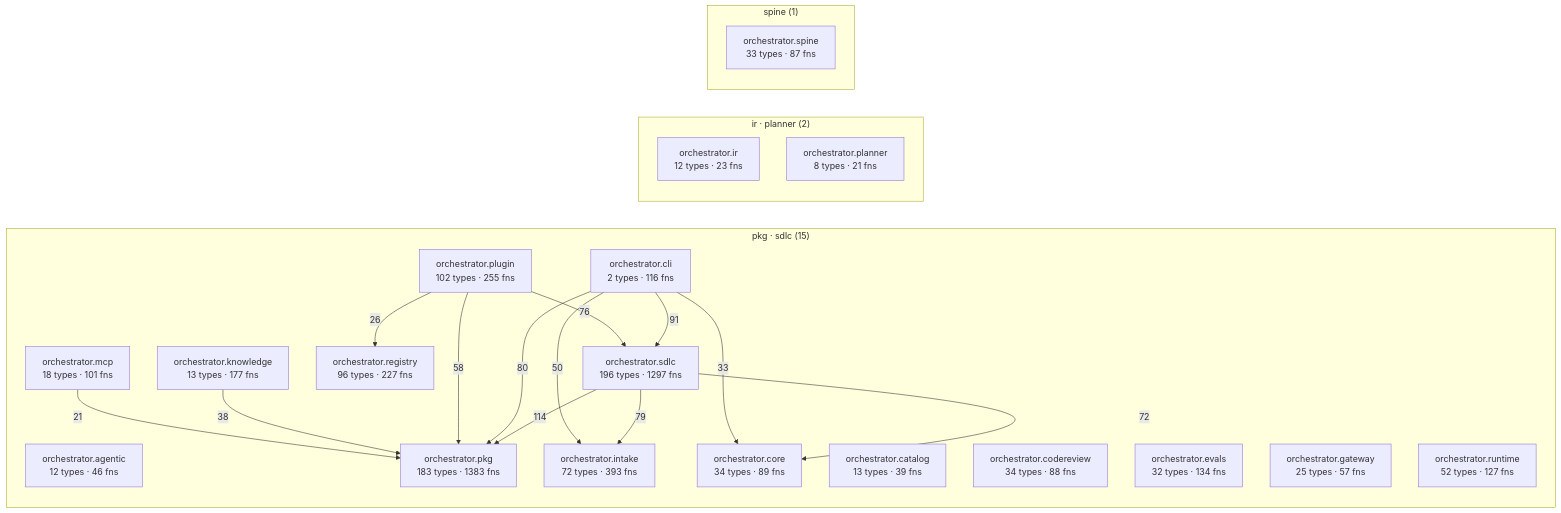
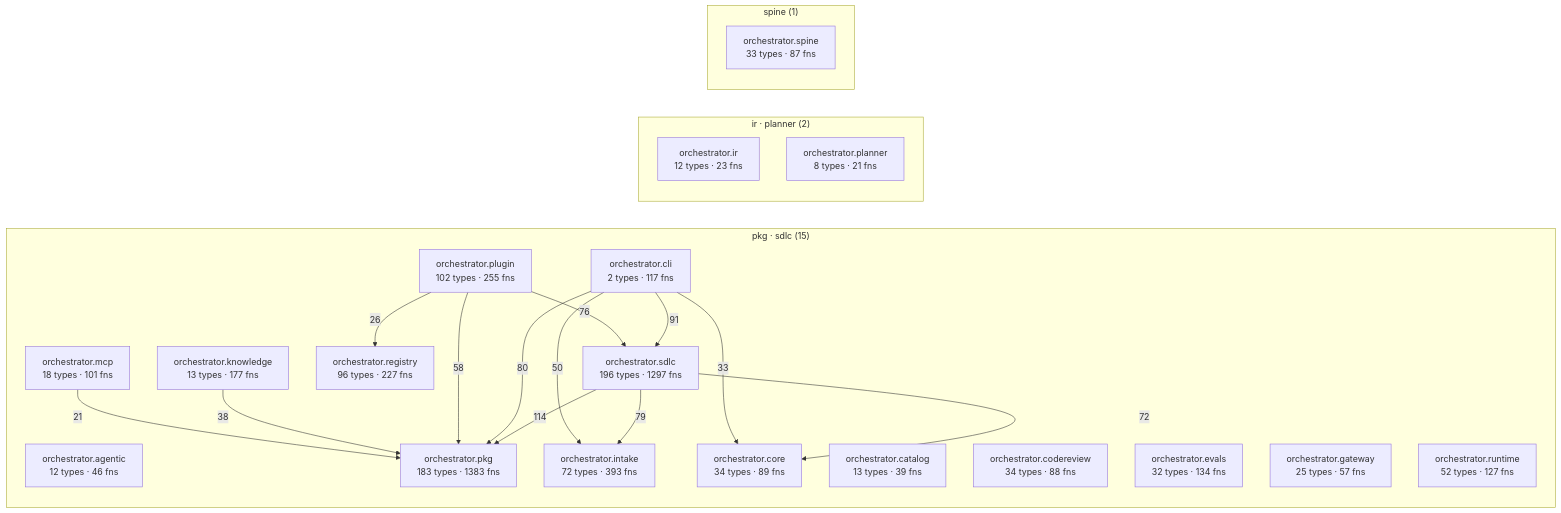
Before and after one commit to synaptixs/spine: the diagram in episteme/architecture.md, drawn with Mermaid. The commit also changed other lines of this file and 32 other files, not shown here.

````diff
--- a/episteme/architecture.md
+++ b/episteme/architecture.md
@@ -56,39 +56,39 @@
 ```mermaid
 flowchart LR
   subgraph c_2["pkg · sdlc (15)"]
     aorchestratoragentic["orchestrator.agentic<br/>12 types · 46 fns"]
     aorchestratorcatalog["orchestrator.catalog<br/>13 types · 39 fns"]
-    aorchestratorcli["orchestrator.cli<br/>2 types · 116 fns"]
+    aorchestratorcli["orchestrator.cli<br/>2 types · 117 fns"]
     aorchestratorcodereview["orchestrator.codereview<br/>34 types · 88 fns"]
     aorchestratorcore["orchestrator.core<br/>34 types · 89 fns"]
     aorchestratorevals["orchestrator.evals<br/>32 types · 134 fns"]
     aorchestratorgateway["orchestrator.gateway<br/>25 types · 57 fns"]
     aorchestratorintake["orchestrator.intake<br/>72 types · 393 fns"]
     aorchestratorknowledge["orchestrator.knowledge<br/>13 types · 177 fns"]
     aorchestratormcp["orchestrator.mcp<br/>18 types · 101 fns"]
     aorchestratorpkg["orchestrator.pkg<br/>183 types · 1383 fns"]
     aorchestratorplugin["orchestrator.plugin<br/>102 types · 255 fns"]
     aorchestratorregistry["orchestrator.registry<br/>96 types · 227 fns"]
     aorchestratorruntime["orchestrator.runtime<br/>52 types · 127 fns"]
     aorchestratorsdlc["orchestrator.sdlc<br/>196 types · 1297 fns"]
   end
   subgraph c_6["ir · planner (2)"]
     aorchestratorir["orchestrator.ir<br/>12 types · 23 fns"]
     aorchestratorplanner["orchestrator.planner<br/>8 types · 21 fns"]
   end
-  subgraph c_11["spine (1)"]
+  subgraph c_12["spine (1)"]
     aorchestratorspine["orchestrator.spine<br/>33 types · 87 fns"]
   end
   aorchestratorsdlc -->|114| aorchestratorpkg
   aorchestratorcli -->|91| aorchestratorsdlc
   aorchestratorcli -->|80| aorchestratorpkg
   aorchestratorsdlc -->|79| aorchestratorintake
   aorchestratorplugin -->|76| aorchestratorsdlc
   aorchestratorsdlc -->|72| aorchestratorcore
   aorchestratorplugin -->|58| aorchestratorpkg
   aorchestratorcli -->|50| aorchestratorintake
   aorchestratorknowledge -->|38| aorchestratorpkg
   aorchestratorcli -->|33| aorchestratorcore
   aorchestratorplugin -->|26| aorchestratorregistry
   aorchestratormcp -->|21| aorchestratorpkg
 ```
````
